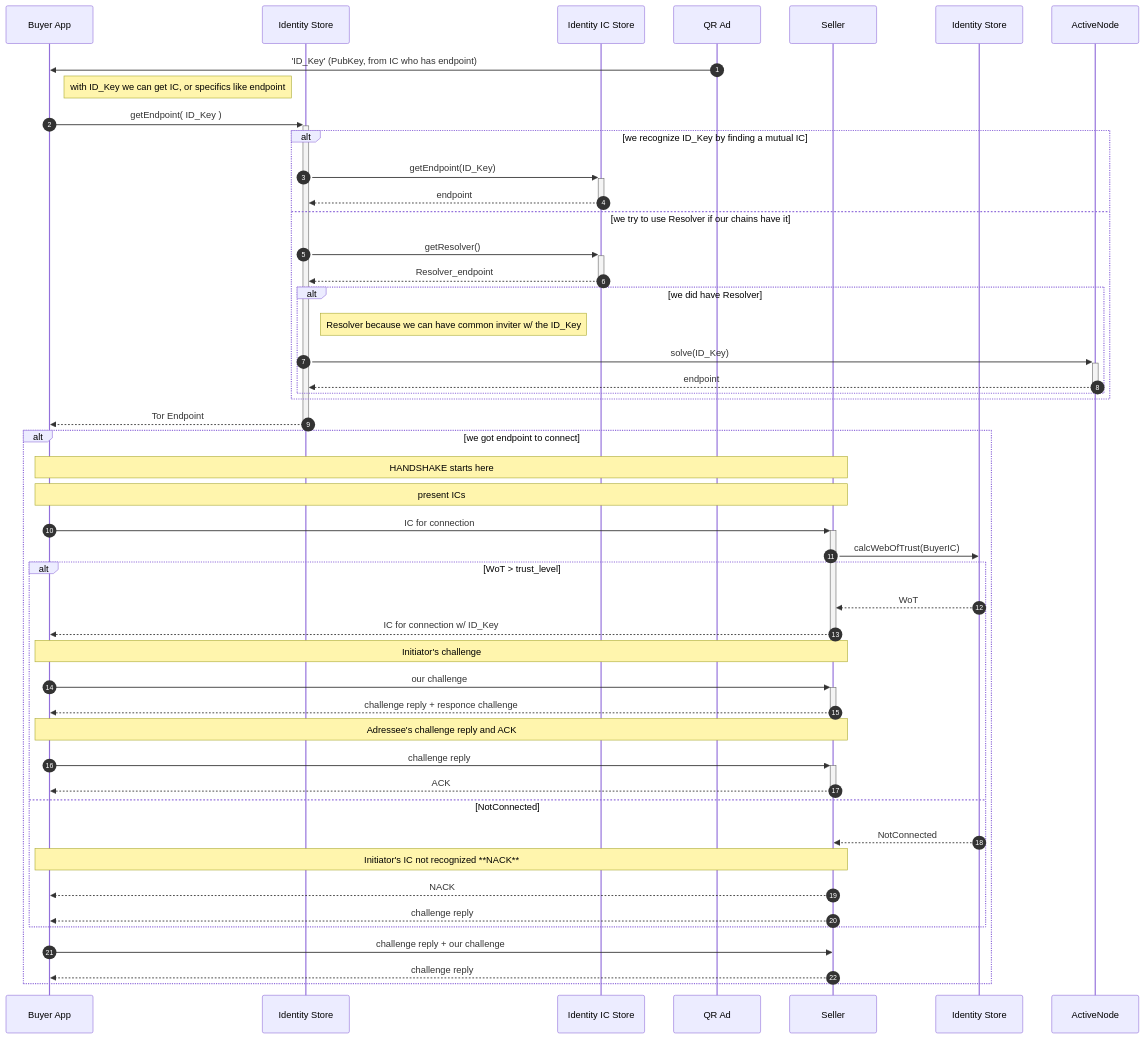
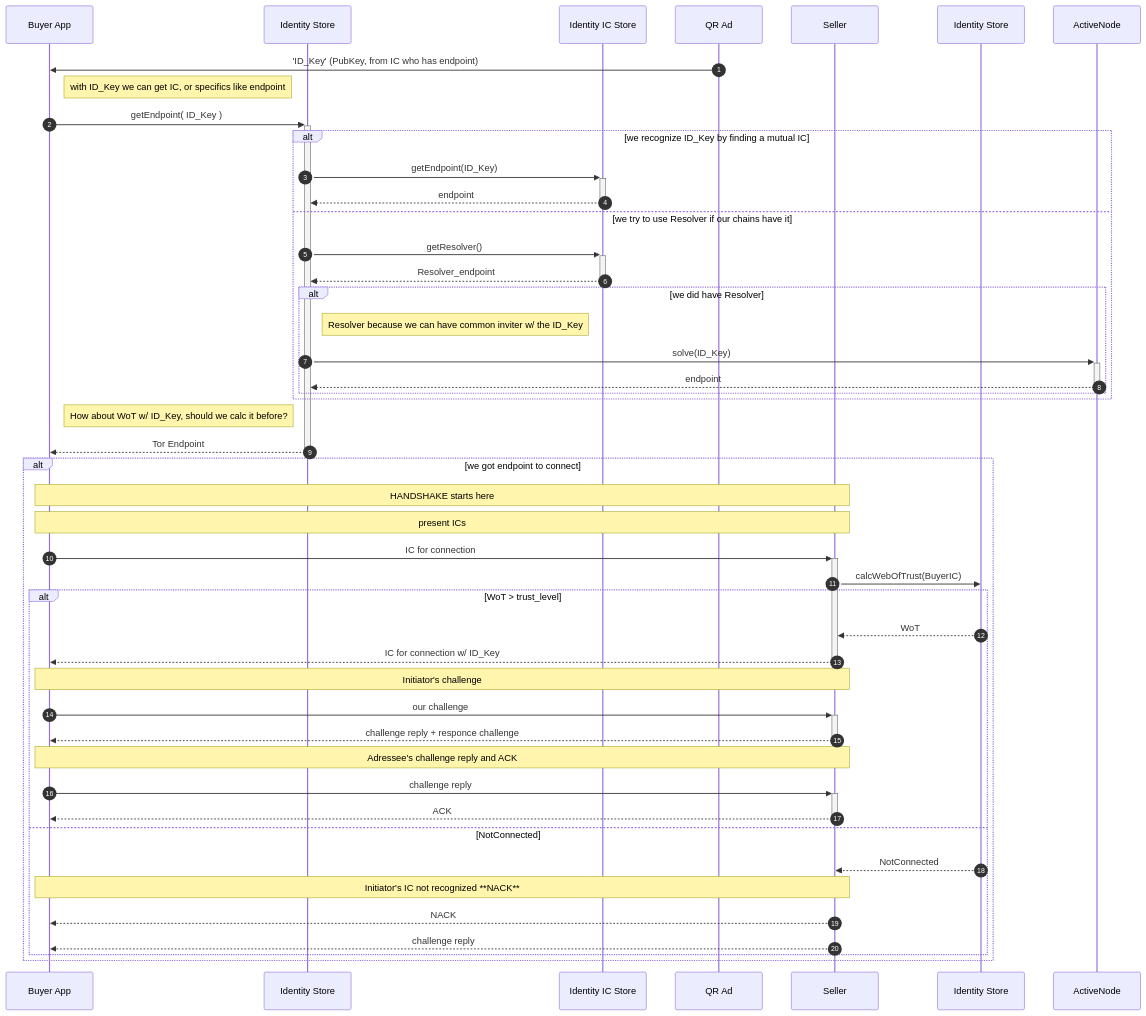
One commit to lainio/ic changed the second of 2 diagrams in README.md. Above: the diagram before and after it, drawn with Mermaid.

Commit message:
fix scenario & comment to check algoritm from fido

````diff
--- a/README.md
+++ b/README.md
@@ -104,70 +104,74 @@
 ```mermaid
 sequenceDiagram
     autonumber
 
     participant Buyer as Buyer App
     participant IStore as Identity Store
     participant INode as Identity IC Store
 
     %% -- box won't work on hugo, or when this machine is running it --
     %% box Issuing Service
     participant QR_Code as QR Ad
     %% end
 
     participant Seller
     participant SellerStore as Identity Store
     participant ActiveNode
 
     QR_Code ->> Buyer : 'ID_Key' (PubKey, from IC who has endpoint)
 
     note right of Buyer: with ID_Key we can get IC, or specifics like endpoint
     Buyer ->> +IStore: getEndpoint( ID_Key )
 
     alt we recognize ID_Key by finding a mutual IC
     IStore ->> +INode: getEndpoint(ID_Key)
     INode -->> -IStore: endpoint
     else we try to use Resolver if our chains have it
     IStore ->> +INode: getResolver()
     INode -->> -IStore: Resolver_endpoint
     alt we did have Resolver
     note right of IStore: Resolver because we can have common inviter w/ the ID_Key
     IStore ->> +ActiveNode: solve(ID_Key)
     ActiveNode -->> -IStore: endpoint
     end
     end
 
+    note right of Buyer: How about WoT w/ ID_Key, should we calc it before?
+    %% the WoT is related to endpoint in this phase which might be ok but if we
+    %% will calculate it later there's no need to do it here?
+
     IStore -->> -Buyer: Tor Endpoint
 
     alt we got endpoint to connect
 
     note over Buyer, Seller: HANDSHAKE starts here
     note over Buyer, Seller: present ICs
     Buyer ->> +Seller: IC for connection
 
     Seller ->> SellerStore: calcWebOfTrust(BuyerIC)
 
     alt WoT > trust_level
     SellerStore -->> Seller: WoT
 
     Seller -->> -Buyer: IC for connection w/ ID_Key
 
     note over Buyer, Seller: Initiator's challenge
+    %% TODO: we should compare this to FIDO's authn
+
     Buyer ->> +Seller:  our challenge
     Seller -->> -Buyer: challenge reply + responce challenge
 
     note over Buyer, Seller: Adressee's challenge reply and ACK
     Buyer ->> +Seller:  challenge reply
     Seller -->> -Buyer: ACK
 
     else NotConnected
     SellerStore -->> Seller: NotConnected
 
     note over Buyer, Seller: Initiator's IC not recognized **NACK**
     Seller -->> Buyer: NACK
     Seller -->> Buyer: challenge reply
     end
-    Buyer ->> Seller:  challenge reply + our challenge
-    Seller -->> Buyer: challenge reply
     end
 
 ```
````
